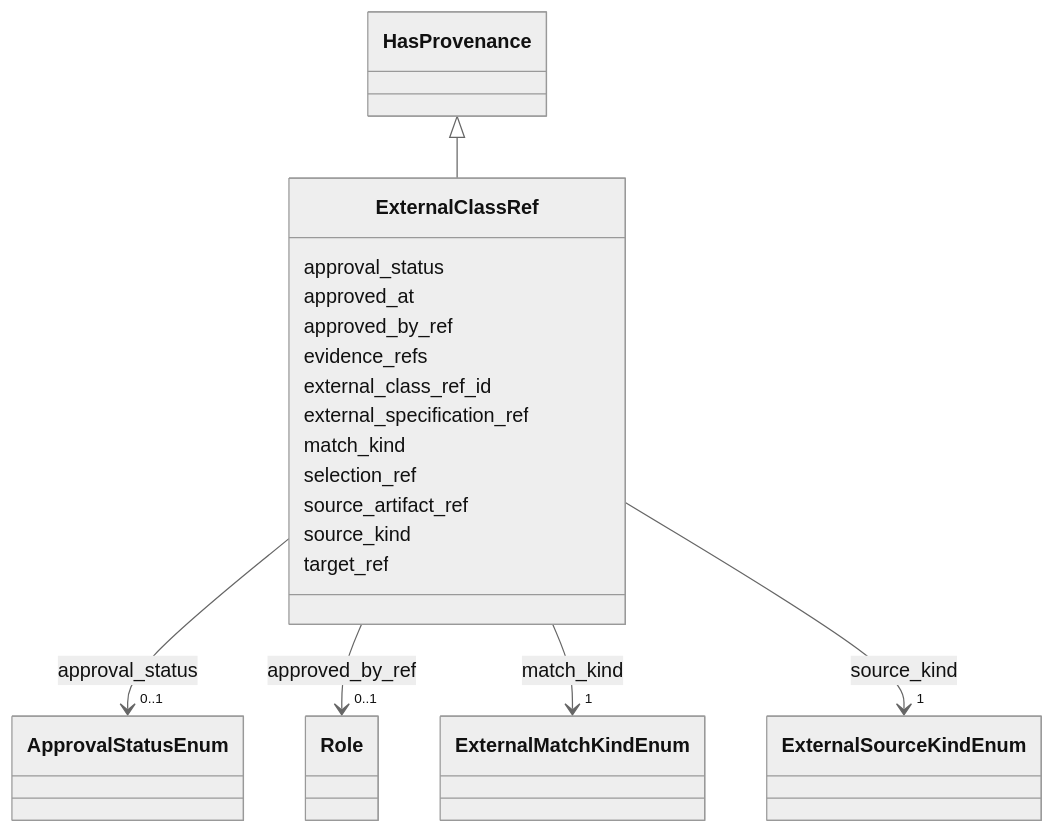
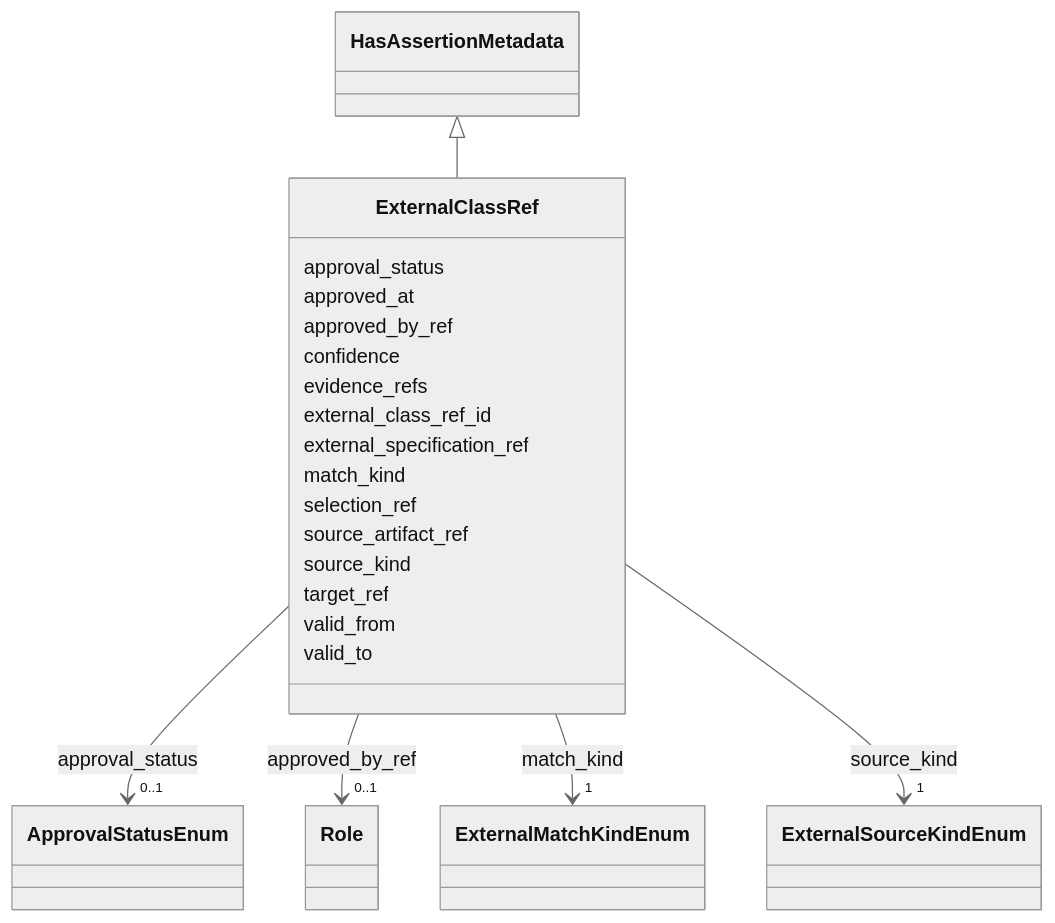
Before and after one commit to oista/moex-data-model: the diagram in generated/artifacts/moex-dams/0.1/diagrams/ExternalClassRef.md, drawn with Mermaid (neutral theme). The commit also changed 49 other files, not shown here.

First line of the commit message:
feat(schema): HasAssertionMetadata mixin and INV-057 (ADR-053, 5.1.0)

````diff
--- a/generated/artifacts/moex-dams/0.1/diagrams/ExternalClassRef.md
+++ b/generated/artifacts/moex-dams/0.1/diagrams/ExternalClassRef.md
@@ -4,67 +4,73 @@
 ```mermaid
  classDiagram
     class ExternalClassRef
     click ExternalClassRef href "../ExternalClassRef"
-      HasProvenance <|-- ExternalClassRef
-        click HasProvenance href "../HasProvenance"
+      HasAssertionMetadata <|-- ExternalClassRef
+        click HasAssertionMetadata href "../HasAssertionMetadata"
       
       ExternalClassRef : approval_status
         
           
     
         
         
         ExternalClassRef --> "0..1" ApprovalStatusEnum : approval_status
         click ApprovalStatusEnum href "../ApprovalStatusEnum"
     
 
         
       ExternalClassRef : approved_at
         
       ExternalClassRef : approved_by_ref
         
           
     
         
         
         ExternalClassRef --> "0..1" Role : approved_by_ref
         click Role href "../Role"
     
 
+        
+      ExternalClassRef : confidence
         
       ExternalClassRef : evidence_refs
         
       ExternalClassRef : external_class_ref_id
         
       ExternalClassRef : external_specification_ref
         
       ExternalClassRef : match_kind
         
           
     
         
         
         ExternalClassRef --> "1" ExternalMatchKindEnum : match_kind
         click ExternalMatchKindEnum href "../ExternalMatchKindEnum"
     
 
         
       ExternalClassRef : selection_ref
         
       ExternalClassRef : source_artifact_ref
         
       ExternalClassRef : source_kind
         
           
     
         
         
         ExternalClassRef --> "1" ExternalSourceKindEnum : source_kind
         click ExternalSourceKindEnum href "../ExternalSourceKindEnum"
     
 
         
       ExternalClassRef : target_ref
         
+      ExternalClassRef : valid_from
+        
+      ExternalClassRef : valid_to
+        
       
 ```
````
